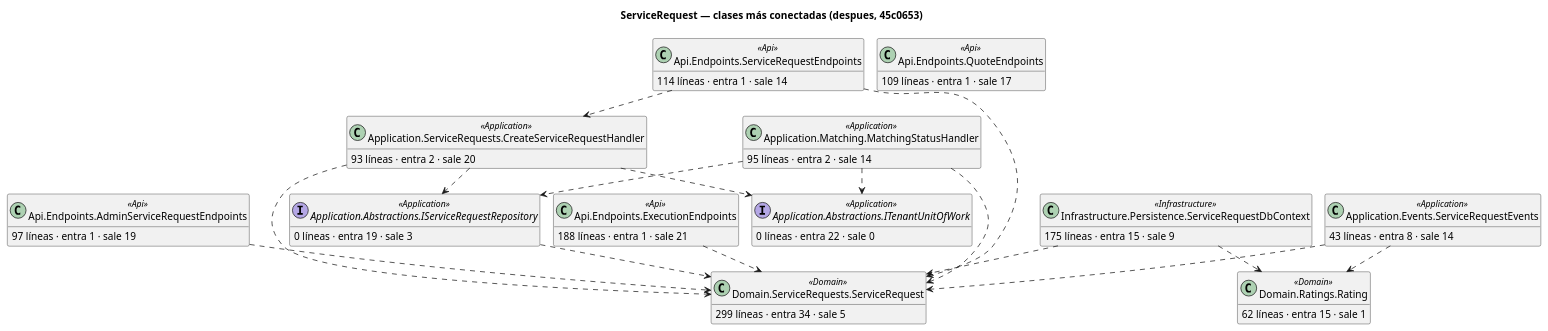
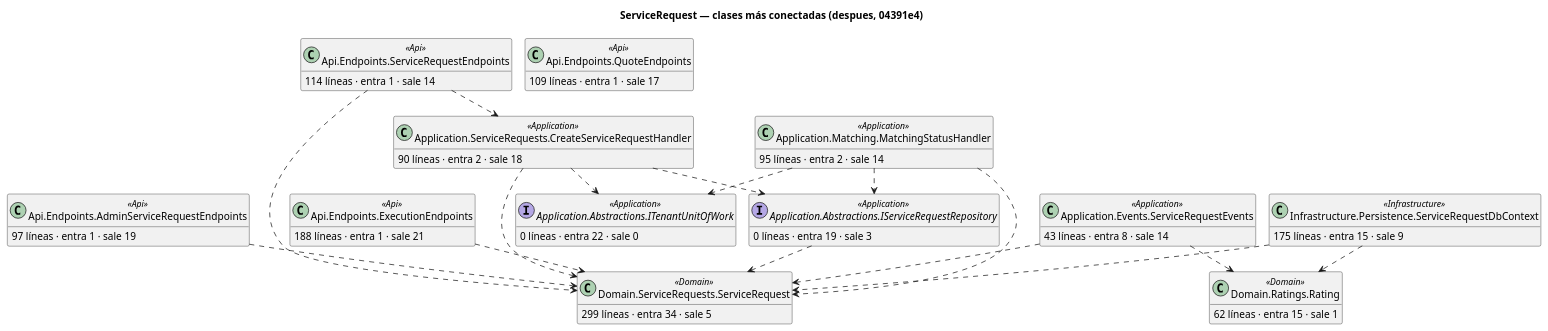
The diagram in docs/architecture/codigo/despues/service-request/clases-centrales.puml (ARQUI-202630/quickpatch), drawn with PlantUML before and after one commit. The commit also changed 83 other files, not shown here.

```diff
--- a/docs/architecture/codigo/despues/service-request/clases-centrales.puml
+++ b/docs/architecture/codigo/despues/service-request/clases-centrales.puml
@@ -1,57 +1,57 @@
 @startuml
 !pragma layout smetana
-title ServiceRequest — clases más conectadas (despues, 45c0653)
+title ServiceRequest — clases más conectadas (despues, 04391e4)
 hide empty members
 skinparam shadowing false
 class "Domain.ServiceRequests.ServiceRequest" as QuickPatch_ServiceRequest_Domain_ServiceRequests_ServiceRequest <<Domain>> {
   299 líneas · entra 34 · sale 5
 }
 class "Infrastructure.Persistence.ServiceRequestDbContext" as QuickPatch_ServiceRequest_Infrastructure_Persistence_ServiceRequestDbContext <<Infrastructure>> {
   175 líneas · entra 15 · sale 9
 }
 class "Api.Endpoints.ExecutionEndpoints" as QuickPatch_ServiceRequest_Api_Endpoints_ExecutionEndpoints <<Api>> {
   188 líneas · entra 1 · sale 21
-}
-class "Application.ServiceRequests.CreateServiceRequestHandler" as QuickPatch_ServiceRequest_Application_ServiceRequests_CreateServiceRequestHandler <<Application>> {
-  93 líneas · entra 2 · sale 20
 }
 class "Application.Events.ServiceRequestEvents" as QuickPatch_ServiceRequest_Application_Events_ServiceRequestEvents <<Application>> {
   43 líneas · entra 8 · sale 14
 }
 interface "Application.Abstractions.ITenantUnitOfWork" as QuickPatch_ServiceRequest_Application_Abstractions_ITenantUnitOfWork <<Application>> {
   0 líneas · entra 22 · sale 0
 }
 interface "Application.Abstractions.IServiceRequestRepository" as QuickPatch_ServiceRequest_Application_Abstractions_IServiceRequestRepository <<Application>> {
   0 líneas · entra 19 · sale 3
 }
 class "Api.Endpoints.AdminServiceRequestEndpoints" as QuickPatch_ServiceRequest_Api_Endpoints_AdminServiceRequestEndpoints <<Api>> {
   97 líneas · entra 1 · sale 19
+}
+class "Application.ServiceRequests.CreateServiceRequestHandler" as QuickPatch_ServiceRequest_Application_ServiceRequests_CreateServiceRequestHandler <<Application>> {
+  90 líneas · entra 2 · sale 18
 }
 class "Api.Endpoints.QuoteEndpoints" as QuickPatch_ServiceRequest_Api_Endpoints_QuoteEndpoints <<Api>> {
   109 líneas · entra 1 · sale 17
 }
 class "Application.Matching.MatchingStatusHandler" as QuickPatch_ServiceRequest_Application_Matching_MatchingStatusHandler <<Application>> {
   95 líneas · entra 2 · sale 14
 }
 class "Domain.Ratings.Rating" as QuickPatch_ServiceRequest_Domain_Ratings_Rating <<Domain>> {
   62 líneas · entra 15 · sale 1
 }
 class "Api.Endpoints.ServiceRequestEndpoints" as QuickPatch_ServiceRequest_Api_Endpoints_ServiceRequestEndpoints <<Api>> {
   114 líneas · entra 1 · sale 14
 }
 QuickPatch_ServiceRequest_Api_Endpoints_AdminServiceRequestEndpoints ..> QuickPatch_ServiceRequest_Domain_ServiceRequests_ServiceRequest
 QuickPatch_ServiceRequest_Api_Endpoints_ExecutionEndpoints ..> QuickPatch_ServiceRequest_Domain_ServiceRequests_ServiceRequest
 QuickPatch_ServiceRequest_Api_Endpoints_ServiceRequestEndpoints ..> QuickPatch_ServiceRequest_Application_ServiceRequests_CreateServiceRequestHandler
 QuickPatch_ServiceRequest_Api_Endpoints_ServiceRequestEndpoints ..> QuickPatch_ServiceRequest_Domain_ServiceRequests_ServiceRequest
 QuickPatch_ServiceRequest_Application_Abstractions_IServiceRequestRepository ..> QuickPatch_ServiceRequest_Domain_ServiceRequests_ServiceRequest
 QuickPatch_ServiceRequest_Application_Events_ServiceRequestEvents ..> QuickPatch_ServiceRequest_Domain_Ratings_Rating
 QuickPatch_ServiceRequest_Application_Events_ServiceRequestEvents ..> QuickPatch_ServiceRequest_Domain_ServiceRequests_ServiceRequest
 QuickPatch_ServiceRequest_Application_Matching_MatchingStatusHandler ..> QuickPatch_ServiceRequest_Application_Abstractions_IServiceRequestRepository
 QuickPatch_ServiceRequest_Application_Matching_MatchingStatusHandler ..> QuickPatch_ServiceRequest_Application_Abstractions_ITenantUnitOfWork
 QuickPatch_ServiceRequest_Application_Matching_MatchingStatusHandler ..> QuickPatch_ServiceRequest_Domain_ServiceRequests_ServiceRequest
 QuickPatch_ServiceRequest_Application_ServiceRequests_CreateServiceRequestHandler ..> QuickPatch_ServiceRequest_Application_Abstractions_IServiceRequestRepository
 QuickPatch_ServiceRequest_Application_ServiceRequests_CreateServiceRequestHandler ..> QuickPatch_ServiceRequest_Application_Abstractions_ITenantUnitOfWork
 QuickPatch_ServiceRequest_Application_ServiceRequests_CreateServiceRequestHandler ..> QuickPatch_ServiceRequest_Domain_ServiceRequests_ServiceRequest
 QuickPatch_ServiceRequest_Infrastructure_Persistence_ServiceRequestDbContext ..> QuickPatch_ServiceRequest_Domain_Ratings_Rating
 QuickPatch_ServiceRequest_Infrastructure_Persistence_ServiceRequestDbContext ..> QuickPatch_ServiceRequest_Domain_ServiceRequests_ServiceRequest
 @enduml
```
